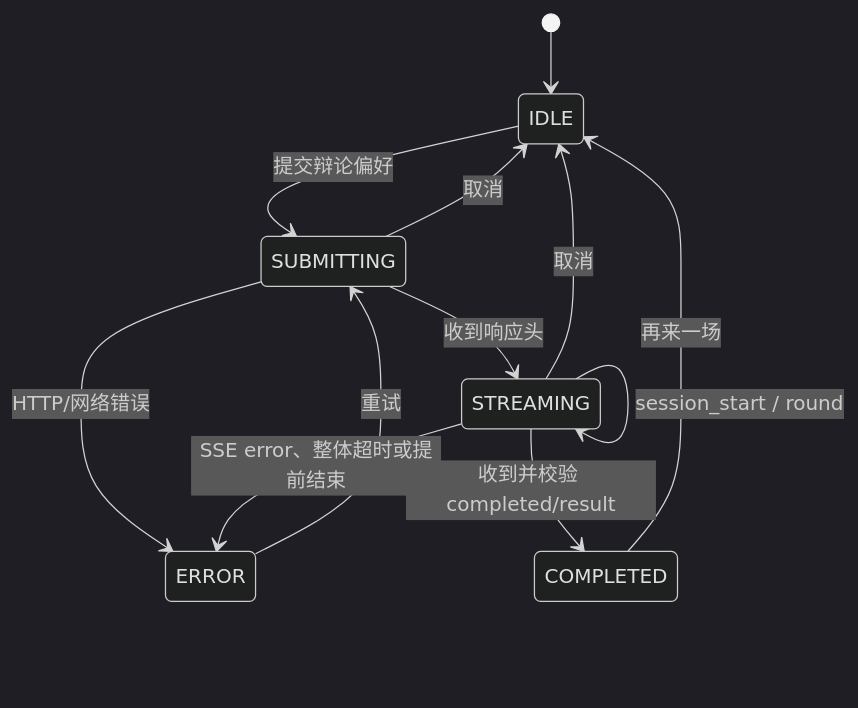
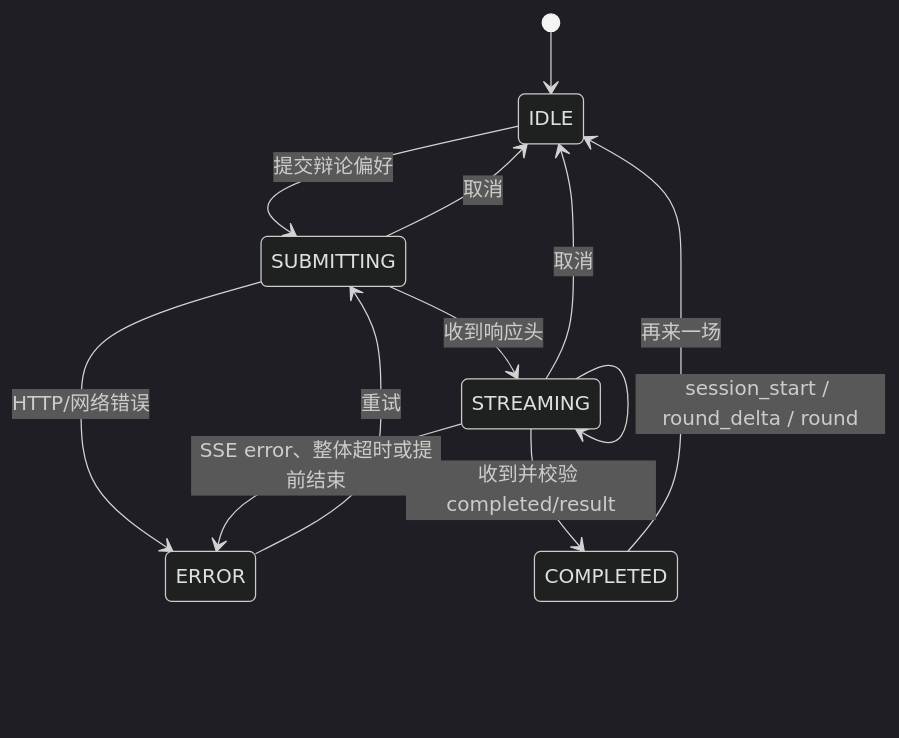
One commit to wez798/cyber-foodie-debate changed the sixth of 6 diagrams in docs/system_design.md. Above: the diagram before and after it, drawn with Mermaid (dark theme). The commit also changed other lines of this file and 27 other files, not shown here.

````diff
--- a/docs/system_design.md
+++ b/docs/system_design.md
@@ -271,14 +271,14 @@
 ```mermaid
 stateDiagram-v2
     [*] --> IDLE
     IDLE --> SUBMITTING : 提交辩论偏好
     SUBMITTING --> STREAMING : 收到响应头
     SUBMITTING --> ERROR : HTTP/网络错误
-    STREAMING --> STREAMING : session_start / round
+    STREAMING --> STREAMING : session_start / round_delta / round
     STREAMING --> COMPLETED : 收到并校验 completed/result
     STREAMING --> ERROR : SSE error、整体超时或提前结束
     SUBMITTING --> IDLE : 取消
     STREAMING --> IDLE : 取消
     ERROR --> SUBMITTING : 重试
     COMPLETED --> IDLE : 再来一场
 ```
````
